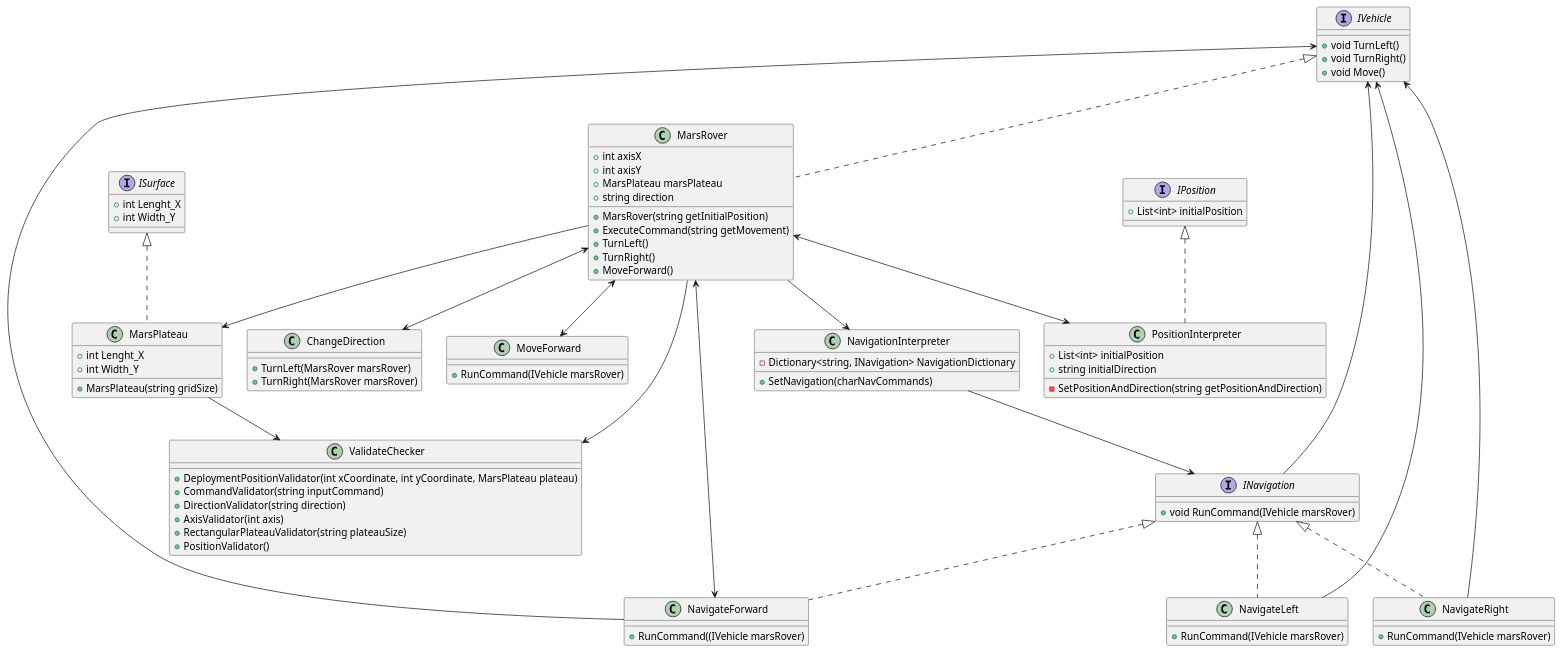
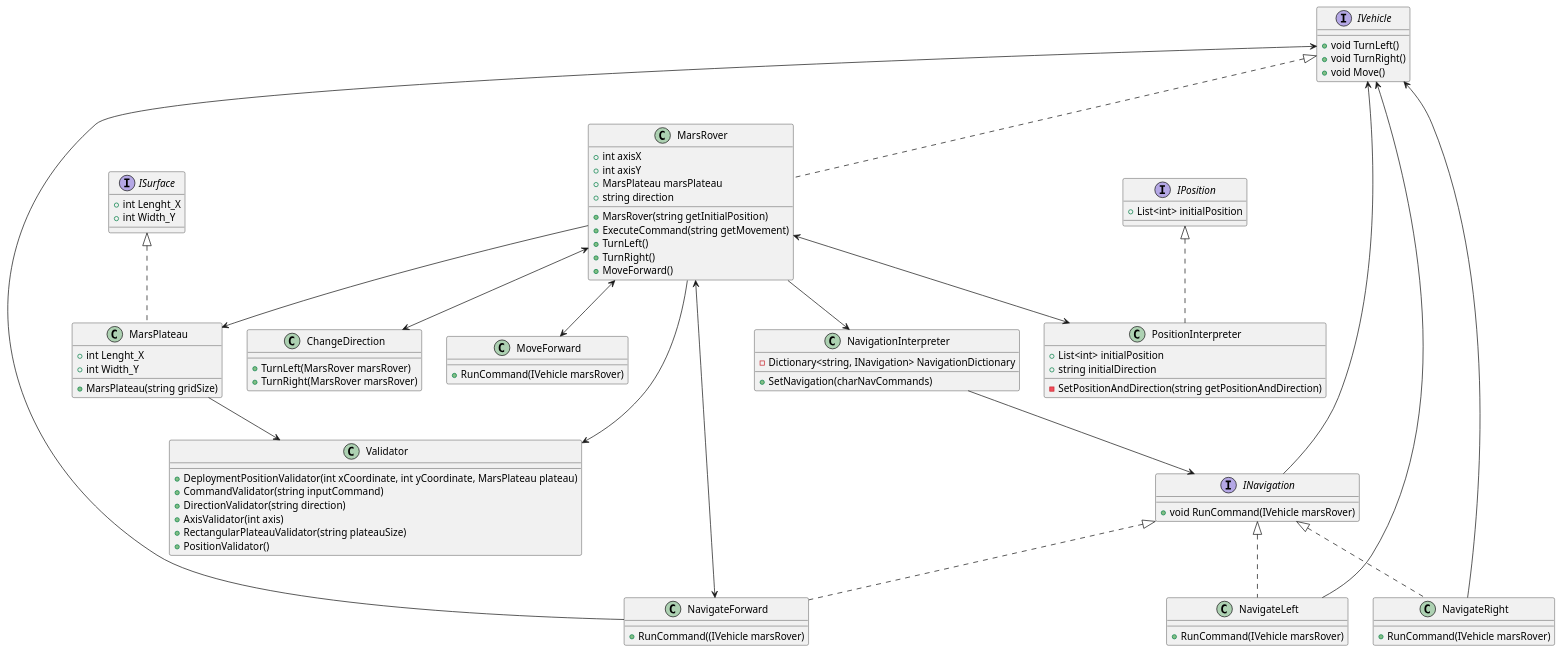
One commit to vahidkianfar/Mars-Rover-Project changed the diagram in Mars-Rover-Project/UML-Diagram/MarsRover.puml. Above: the diagram before and after it, drawn with PlantUML. The commit also changed 4 other files, not shown here.

Commit message:
Renamed "ValidateChecker" to "Validator"

```diff
--- a/Mars-Rover-Project/UML-Diagram/MarsRover.puml
+++ b/Mars-Rover-Project/UML-Diagram/MarsRover.puml
@@ -1,112 +1,106 @@
 @startuml "MarsRover-Kata-UML.png"
 
 interface IVehicle
 {
 + void TurnLeft()
 + void TurnRight()
 + void Move()
 }
 
 interface ISurface
 {
 + int Lenght_X
 + int Width_Y
 }
 
 interface IPosition
 {
 + List<int> initialPosition
 }
 
 interface INavigation
 {
 + void RunCommand(IVehicle marsRover)
 }
 
 class MarsRover implements IVehicle
 {
 + int axisX
 + int axisY
 + MarsPlateau marsPlateau
 + string direction
 + MarsRover(string getInitialPosition)
 + ExecuteCommand(string getMovement)
 + TurnLeft()
 + TurnRight()
 + MoveForward()
 }
 class MarsPlateau implements ISurface
 {
 + int Lenght_X
 + int Width_Y
 + MarsPlateau(string gridSize)
 }
 class NavigateLeft implements INavigation
 {
 + RunCommand(IVehicle marsRover)
 }
 
 class NavigateRight implements INavigation
 {
 + RunCommand(IVehicle marsRover)
 }
 class PositionInterpreter implements IPosition
 {
 + List<int> initialPosition
 + string initialDirection
 - SetPositionAndDirection(string getPositionAndDirection)
 }
 class NavigateForward implements INavigation
 {
 + RunCommand((IVehicle marsRover)
 }
 class NavigationInterpreter
 {
 - Dictionary<string, INavigation> NavigationDictionary
 + SetNavigation(charNavCommands)
 }
 class ChangeDirection
 {
 + TurnLeft(MarsRover marsRover)
 + TurnRight(MarsRover marsRover)
 }
 
 class MoveForward
 {
 + RunCommand(IVehicle marsRover)
 }
-class ValidateChecker
+class Validator
 {
 + DeploymentPositionValidator(int xCoordinate, int yCoordinate, MarsPlateau plateau)
 + CommandValidator(string inputCommand)
 + DirectionValidator(string direction)
 + AxisValidator(int axis)
 + RectangularPlateauValidator(string plateauSize)
 + PositionValidator()
 }
 INavigation --> IVehicle
 MarsRover <--> ChangeDirection
 MarsRover <--> MoveForward
 MarsRover <--> NavigateForward
 MarsRover <--> PositionInterpreter
 MarsRover --> MarsPlateau
 MarsRover --> NavigationInterpreter
-MarsRover --> ValidateChecker
+MarsRover --> Validator
 
 
 NavigateLeft --> IVehicle
 NavigateRight --> IVehicle
 NavigateForward --> IVehicle
 
 NavigationInterpreter --> INavigation
 
-MarsPlateau --> ValidateChecker
-
-
-
-
-
-
+MarsPlateau --> Validator
 
 
 @enduml
```
